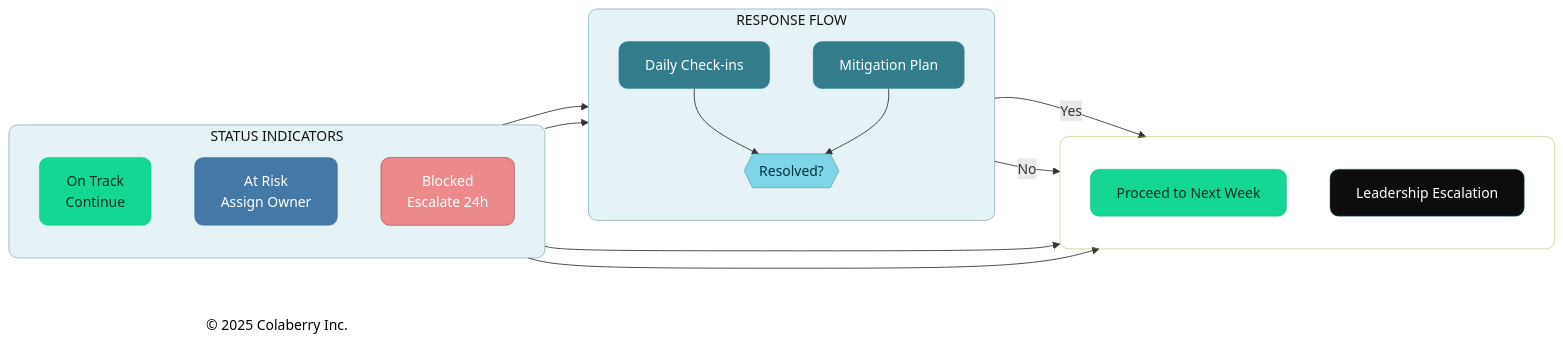
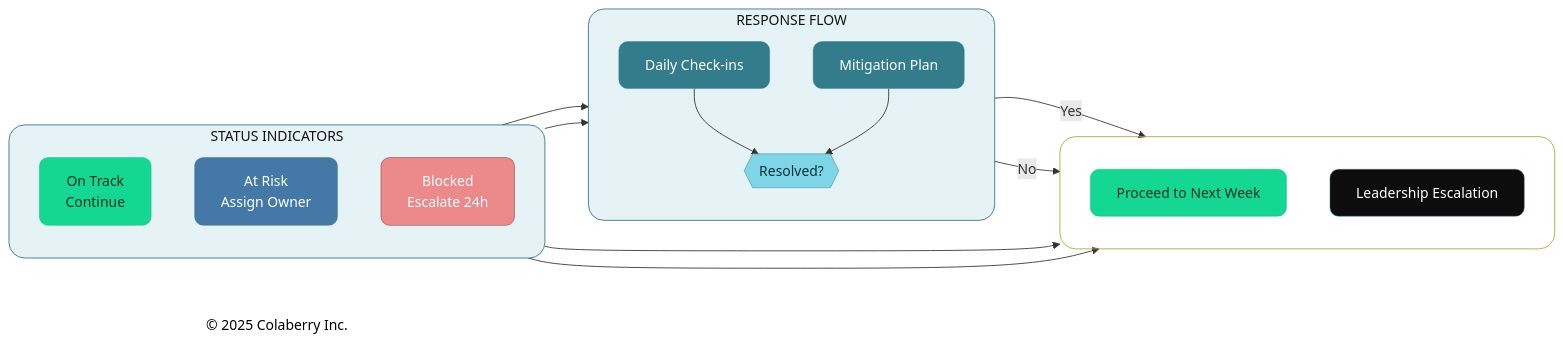
The third of 7 diagrams in manuscript/11_chapter_10_week_by_week_implementation.md (saitejesh-cyber/trust-before-intelligence-book), drawn with Mermaid before and after one commit. The commit also changed other lines of this file and 12 other files, not shown here.

````diff
--- a/manuscript/11_chapter_10_week_by_week_implementation.md
+++ b/manuscript/11_chapter_10_week_by_week_implementation.md
@@ -226,48 +226,48 @@
 ```mermaid
 
 graph LR
     subgraph STATUS["STATUS INDICATORS"]
         direction TB
         GREEN["On Track<br/>Continue"]
         YELLOW["At Risk<br/>Assign Owner"]
         RED["Blocked<br/>Escalate 24h"]
     end
     
     subgraph ACTIONS["RESPONSE FLOW"]
         direction TB
         R1["Daily Check-ins"]
         R2["Mitigation Plan"]
         RESOLVED{{"Resolved?"}}
         R1 --> RESOLVED
         R2 --> RESOLVED
     end
     
     subgraph OUTCOMES[" "]
         direction TB
         CONTINUE["Proceed to Next Week"]
         ESCALATE["Leadership Escalation"]
     end
     
     Copyright["© 2025 Colaberry Inc."]
     
     GREEN --> CONTINUE
     YELLOW --> R1
     YELLOW --> R2
     RED --> ESCALATE
     RESOLVED -->|"Yes"| CONTINUE
     RESOLVED -->|"No"| ESCALATE
     
-    style STATUS fill:#E6F3F6,stroke:#32738C,stroke-width:0.5px,color:#121212,rx:10,ry:10
-    style ACTIONS fill:#E6F3F6,stroke:#32738C,stroke-width:0.5px,color:#121212,rx:10,ry:10
-    style OUTCOMES fill:none,stroke-width:0.5px,color:#121212,rx:10,ry:10
+    style STATUS fill:#E6F3F6,stroke:#32738C,stroke-width:1px,color:#121212,rx:18,ry:18
+    style ACTIONS fill:#E6F3F6,stroke:#32738C,stroke-width:1px,color:#121212,rx:18,ry:18
+    style OUTCOMES fill:none,stroke-width:1px,color:#121212,rx:18,ry:18
     style GREEN fill:#14D793,stroke:#0FB67D,stroke-width:0.5px,color:#003322,rx:10,ry:10
     style YELLOW fill:#4478A6,stroke:#32738C,stroke-width:0.5px,color:#ffffff,rx:10,ry:10
     style RED fill:#EB898B,stroke:#7A1F22,stroke-width:0.5px,color:#ffffff,rx:10,ry:10
     style R1 fill:#327C8C,stroke:#30838C,stroke-width:0.5px,color:#ffffff,rx:10,ry:10
     style R2 fill:#327C8C,stroke:#30838C,stroke-width:0.5px,color:#ffffff,rx:10,ry:10
     style RESOLVED fill:#7FD5E8,stroke:#32738C,stroke-width:0.5px,color:#00323D,rx:10,ry:10
     style CONTINUE fill:#14D793,stroke:#0FB67D,stroke-width:0.5px,color:#003322,rx:10,ry:10
     style ESCALATE fill:#0D0D0D,stroke:#30838C,stroke-width:0.5px,color:#ffffff,rx:10,ry:10
     style Copyright fill:none,stroke:none,color:#000000
 
 ```
````
